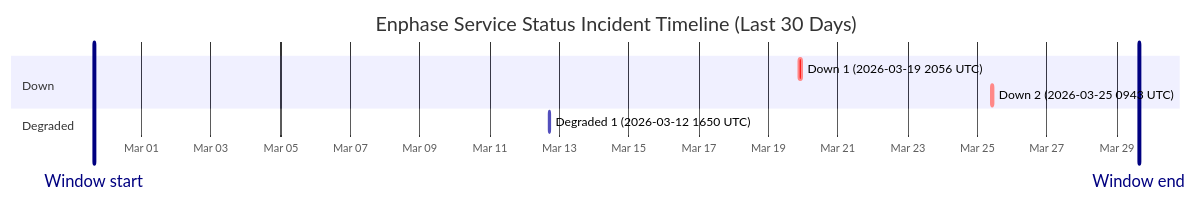
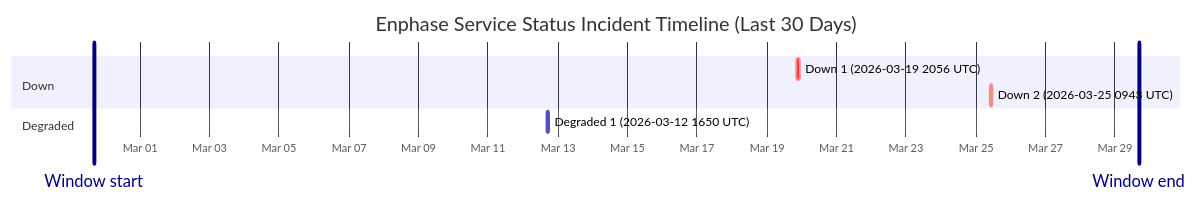
One commit to barneyonline/ha-enphase-ev-charger changed the diagram in wiki/Service-Status-History.md. Above: the diagram before and after it, drawn with Mermaid. The commit also changed other lines of this file and 3 other files, not shown here.

````diff
--- a/wiki/Service-Status-History.md
+++ b/wiki/Service-Status-History.md
@@ -14,13 +14,13 @@
 ```mermaid
 gantt
     title Enphase Service Status Incident Timeline (Last 30 Days)
     dateFormat  YYYY-MM-DDTHH:mm:ss
     axisFormat  %b %d
-    Window start :vert, window-start, 2026-02-27T15:22:22, 0ms
-    Window end :vert, window-end, 2026-03-29T15:22:22, 0ms
+    Window start :vert, window-start, 2026-02-27T16:24:33, 0ms
+    Window end :vert, window-end, 2026-03-29T16:24:33, 0ms
     section Down
     Down 1 (2026-03-19 2056 UTC) :crit, down-1, 2026-03-19T20:56:20, 145m
     Down 2 (2026-03-25 0943 UTC) :crit, down-2, 2026-03-25T09:43:28, 111m
     section Degraded
     Degraded 1 (2026-03-12 1650 UTC) :active, degraded-1, 2026-03-12T16:50:43, 60m
 ```
````
